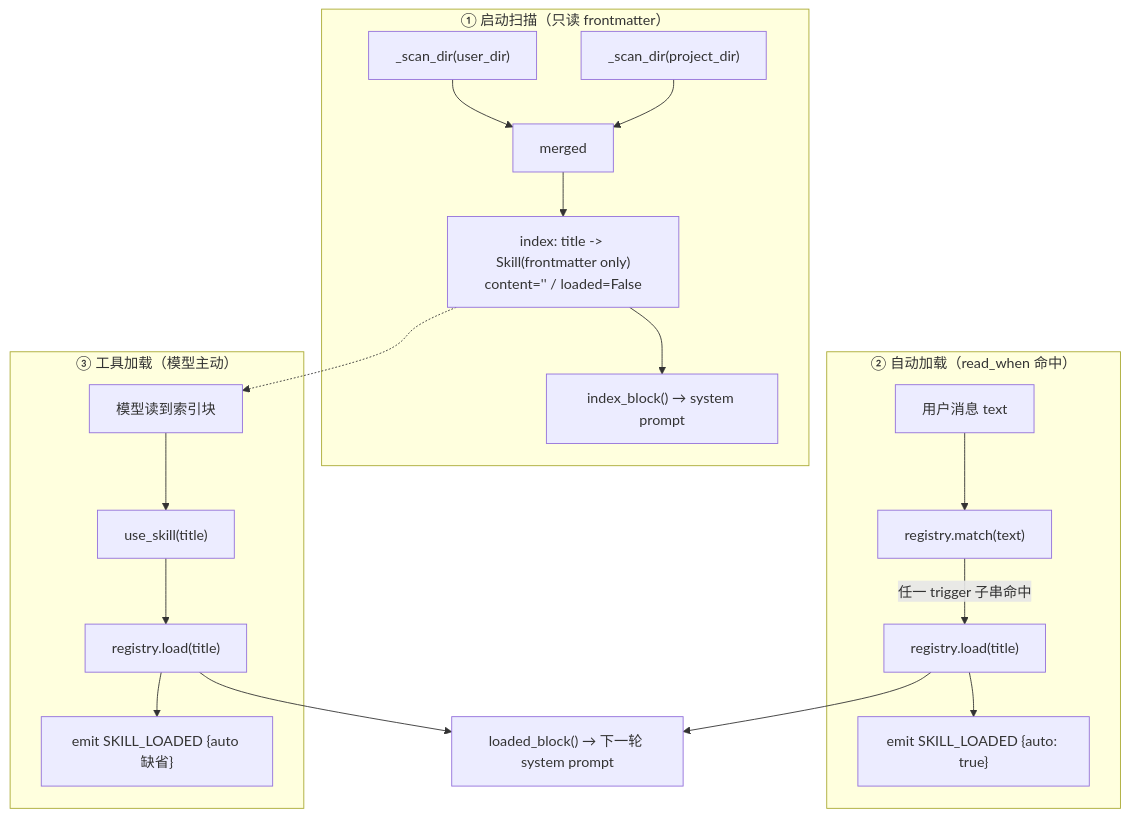
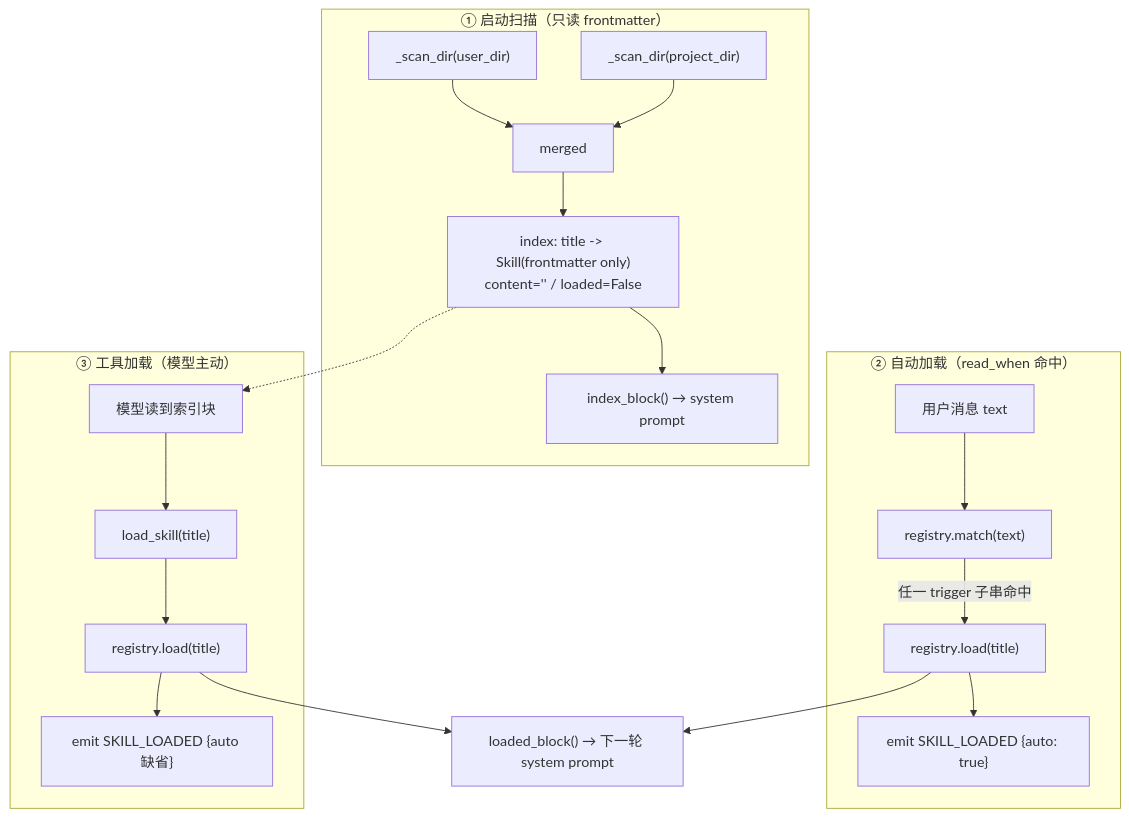
The first of 2 diagrams in docs/modules/18-skills.md (andyxu1234/soul_buddy), drawn with Mermaid before and after one commit. The commit also changed other lines of this file and 26 other files, not shown here.

Commit message:
refactor(skills): 重命名 use_skill 工具为 load_skill

````diff
--- a/docs/modules/18-skills.md
+++ b/docs/modules/18-skills.md
@@ -297,25 +297,25 @@
 ```mermaid
 flowchart TD
     subgraph S1["① 启动扫描（只读 frontmatter）"]
         A1["_scan_dir(user_dir)"] --> M["merged"]
         A2["_scan_dir(project_dir)"] --> M
         M --> IDX["index: title -> Skill(frontmatter only)<br/>content='' / loaded=False"]
         IDX --> IB["index_block() → system prompt"]
     end
 
     subgraph S2["② 自动加载（read_when 命中）"]
         U["用户消息 text"] --> MATCH["registry.match(text)"]
         MATCH -- "任一 trigger 子串命中" --> LOAD1["registry.load(title)"]
         LOAD1 --> EV1["emit SKILL_LOADED {auto: true}"]
     end
 
     subgraph S3["③ 工具加载（模型主动）"]
-        LLM["模型读到索引块"] --> TOOL["use_skill(title)"]
+        LLM["模型读到索引块"] --> TOOL["load_skill(title)"]
         TOOL --> LOAD2["registry.load(title)"]
         LOAD2 --> EV2["emit SKILL_LOADED {auto 缺省}"]
     end
 
     IDX -.-> LLM
     LOAD1 --> FULL["loaded_block() → 下一轮 system prompt"]
     LOAD2 --> FULL
 ```
````
